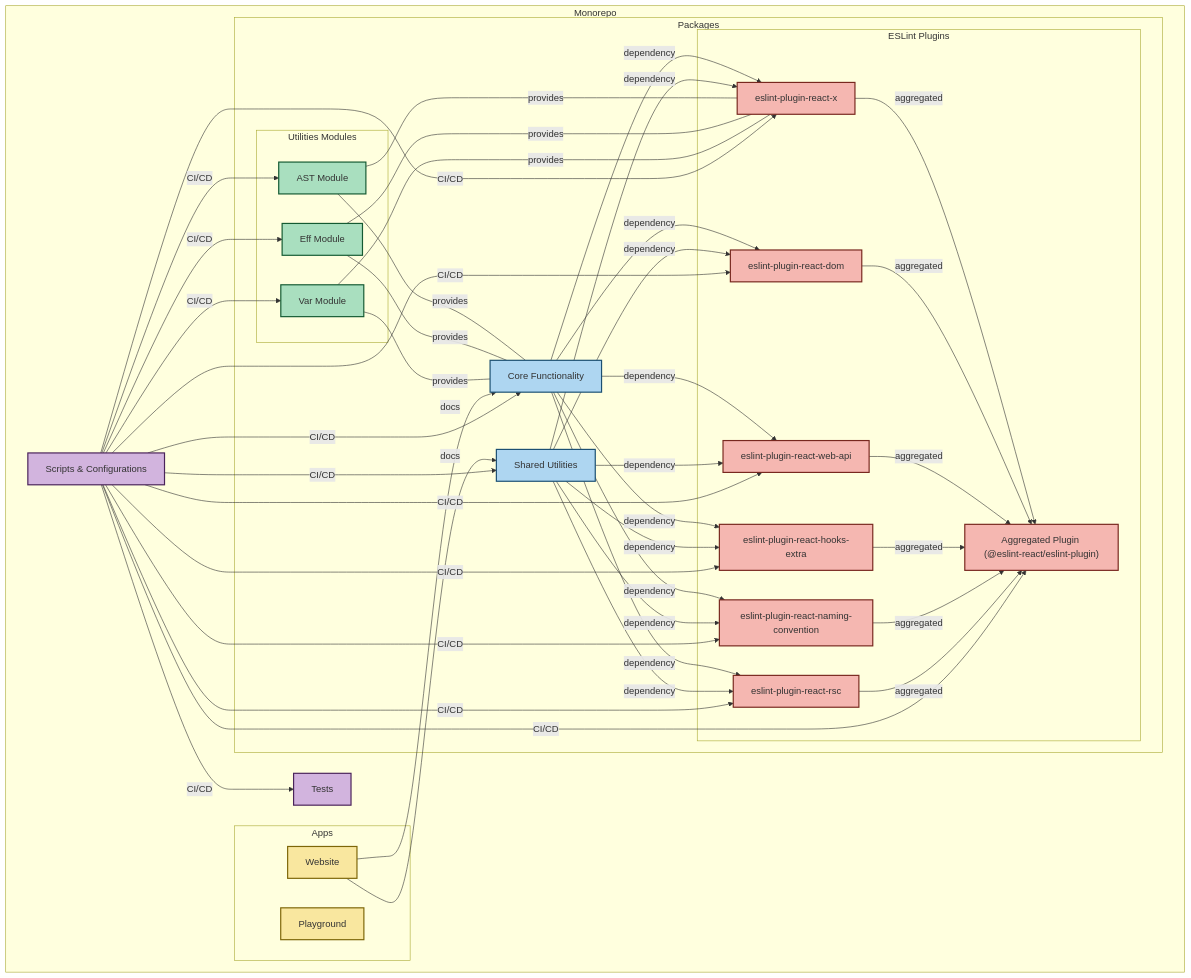
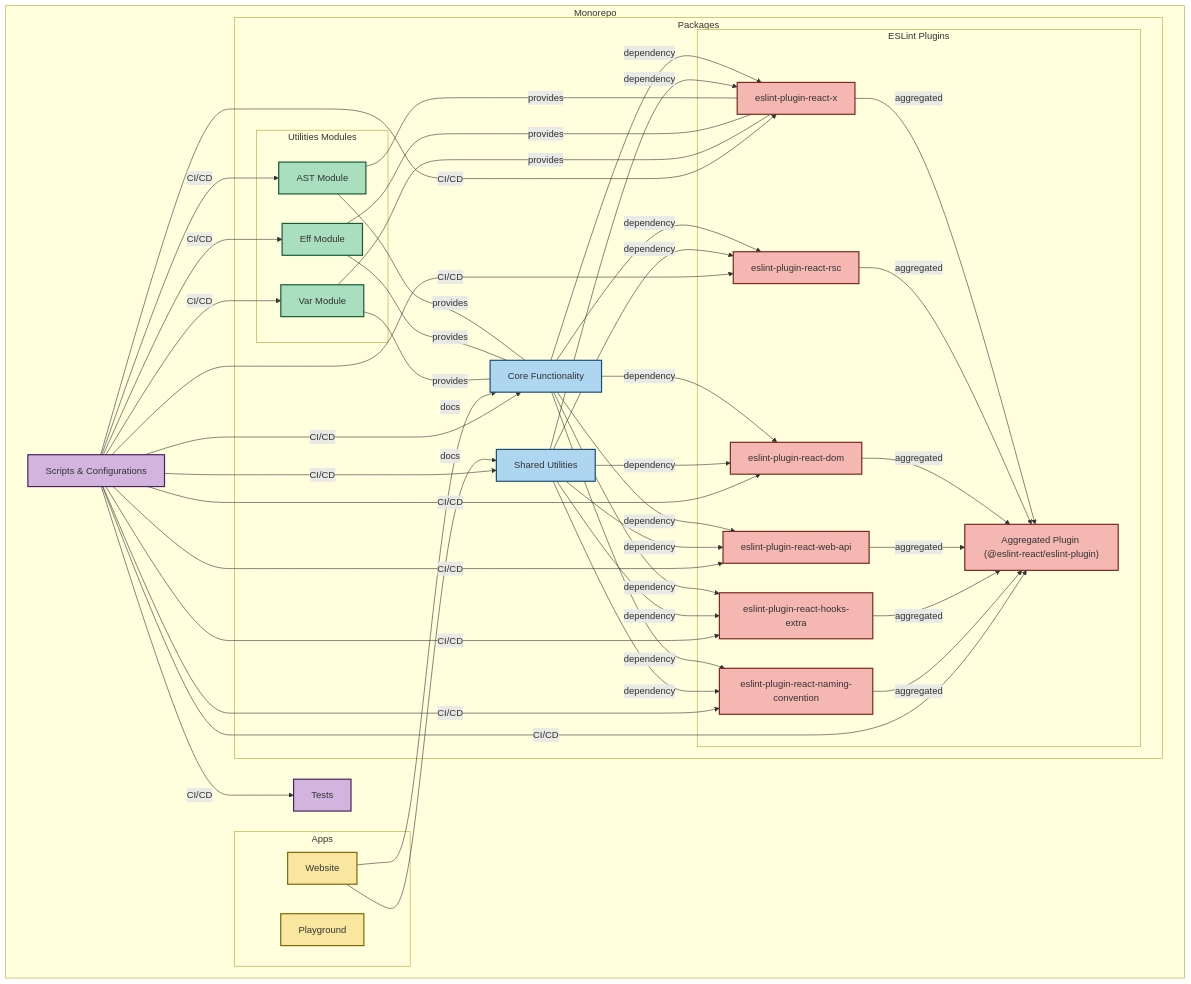
Before and after one commit to Rel1cx/eslint-react: the diagram in apps/website/content/docs/contributing.mdx, drawn with Mermaid. The commit also changed other lines of this file and 3 other files, not shown here.

Commit message:
Update documentation and metadata for React Server Components (RSC) rules

```diff
--- a/apps/website/content/docs/contributing.mdx
+++ b/apps/website/content/docs/contributing.mdx
@@ -35,11 +35,11 @@
             %% ESLint Plugins Subgraph
             subgraph "ESLint Plugins"
                 X["eslint-plugin-react-x"]:::plugins
+                RSC["eslint-plugin-react-rsc"]:::plugins
                 DOM["eslint-plugin-react-dom"]:::plugins
                 WebAPI["eslint-plugin-react-web-api"]:::plugins
                 HooksExtra["eslint-plugin-react-hooks-extra"]:::plugins
                 NamingConvention["eslint-plugin-react-naming-convention"]:::plugins
-                RSC["eslint-plugin-react-rsc"]:::plugins
                 Aggregated["Aggregated Plugin (@eslint-react/eslint-plugin)"]:::plugins
             end
         end
@@ -54,18 +54,18 @@
     %% Relationships
     %% Plugins depend on Core and Shared
     Core -->|"dependency"| X
+    Core -->|"dependency"| RSC
     Core -->|"dependency"| DOM
     Core -->|"dependency"| WebAPI
     Core -->|"dependency"| HooksExtra
     Core -->|"dependency"| NamingConvention
-    Core -->|"dependency"| RSC
 
     Shared -->|"dependency"| X
+    Shared -->|"dependency"| RSC
     Shared -->|"dependency"| DOM
     Shared -->|"dependency"| WebAPI
     Shared -->|"dependency"| HooksExtra
     Shared -->|"dependency"| NamingConvention
-    Shared -->|"dependency"| RSC
 
     %% Utilities used by Core and Plugins
     AST ---|"provides"| Core
@@ -78,11 +78,11 @@
 
     %% Aggregation of Plugins
     X -->|"aggregated"| Aggregated
+    RSC -->|"aggregated"| Aggregated
     DOM -->|"aggregated"| Aggregated
     WebAPI -->|"aggregated"| Aggregated
     HooksExtra -->|"aggregated"| Aggregated
     NamingConvention -->|"aggregated"| Aggregated
-    RSC -->|"aggregated"| Aggregated
 
     %% Website Documentation uses Core and Shared docs
     Website -->|"docs"| Core
@@ -95,11 +95,11 @@
     Scripts -->|"CI/CD"| Eff
     Scripts -->|"CI/CD"| Var
     Scripts -->|"CI/CD"| X
+    Scripts -->|"CI/CD"| RSC
     Scripts -->|"CI/CD"| DOM
     Scripts -->|"CI/CD"| WebAPI
     Scripts -->|"CI/CD"| HooksExtra
     Scripts -->|"CI/CD"| NamingConvention
-    Scripts -->|"CI/CD"| RSC
     Scripts -->|"CI/CD"| Aggregated
     Scripts -->|"CI/CD"| Tests
 
```
